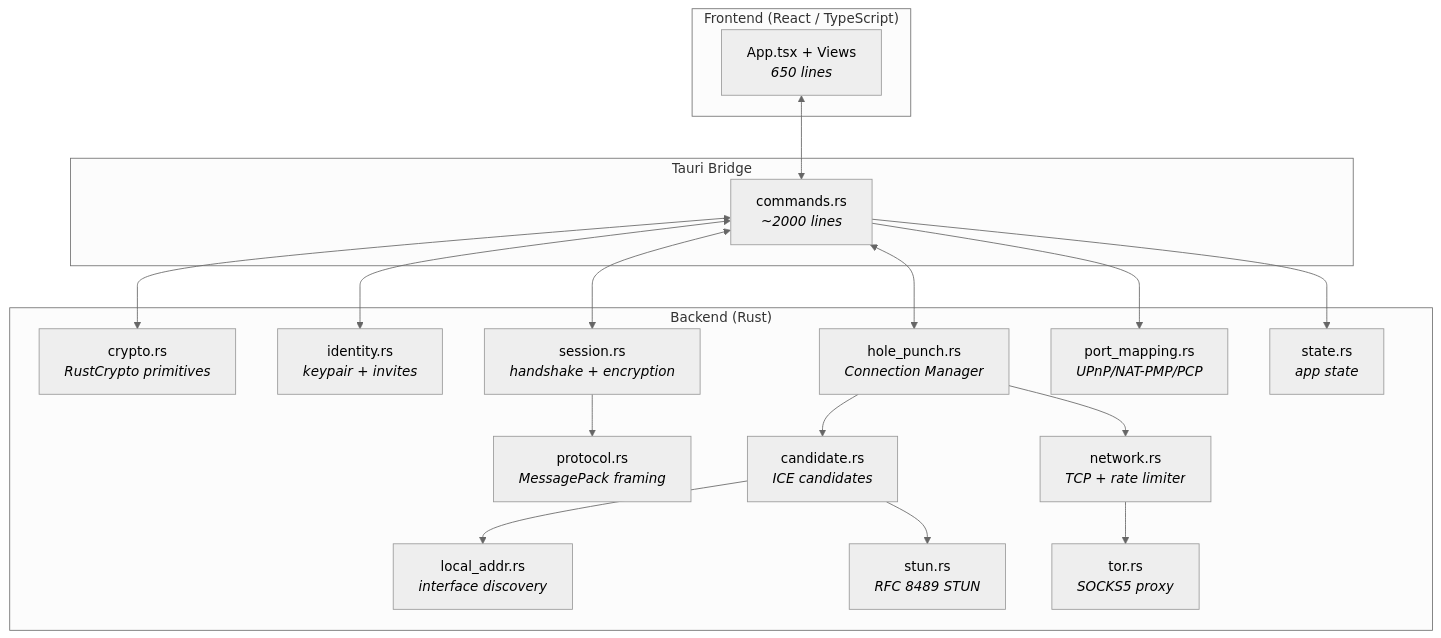
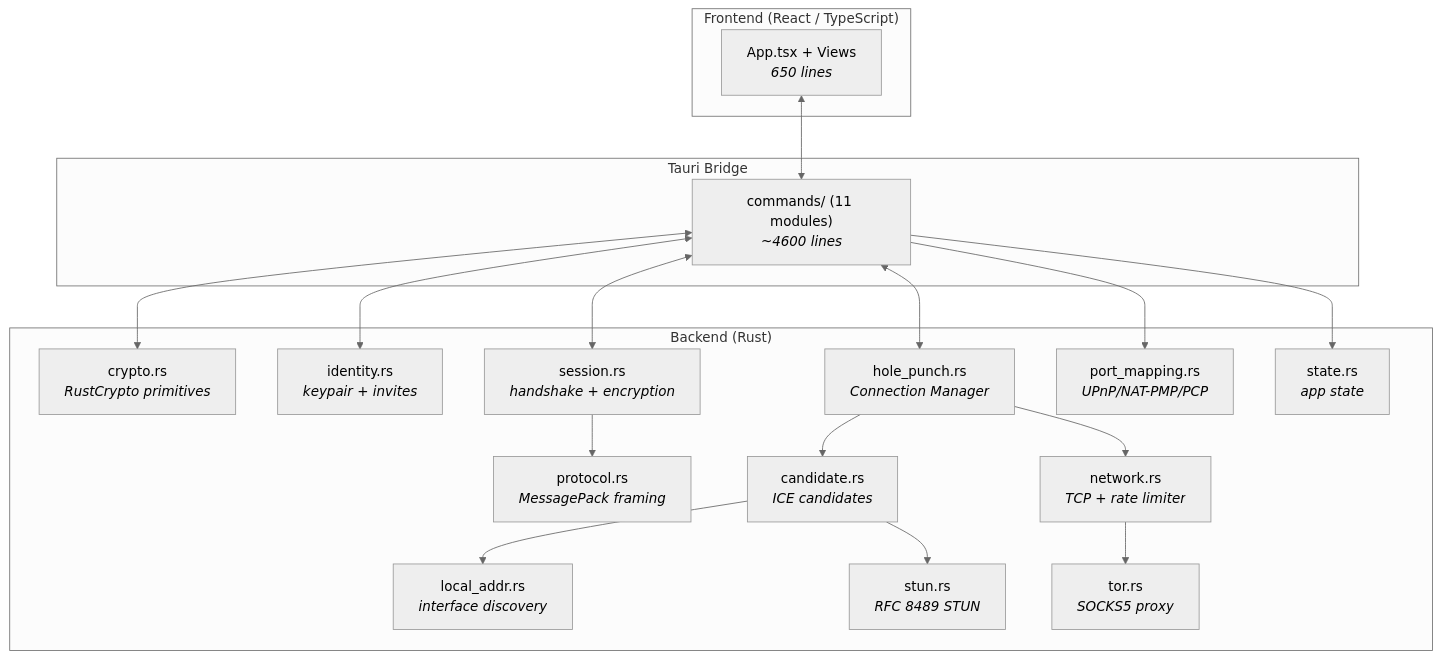
The second of 3 diagrams in README.md (Nciibi/m2m), drawn with Mermaid (neutral theme) before and after one commit.

````diff
--- a/README.md
+++ b/README.md
@@ -268,34 +268,34 @@
 ```mermaid
 graph TB
     subgraph Frontend ["Frontend (React / TypeScript)"]
         UI["App.tsx + Views<br/><i>650 lines</i>"]
     end
 
     subgraph IPC ["Tauri Bridge"]
-        CM["commands.rs<br/><i>~2000 lines</i>"]
+        CM["commands/ (11 modules)<br/><i>~4600 lines</i>"]
     end
 
     subgraph Backend ["Backend (Rust)"]
         CR["crypto.rs<br/><i>RustCrypto primitives</i>"]
         PR["protocol.rs<br/><i>MessagePack framing</i>"]
         NW["network.rs<br/><i>TCP + rate limiter</i>"]
         SE["session.rs<br/><i>handshake + encryption</i>"]
         ID["identity.rs<br/><i>keypair + invites</i>"]
         ST["storage.rs<br/><i>encrypted SQLite</i>"]
         STUN["stun.rs<br/><i>RFC 8489 STUN</i>"]
         TO["tor.rs<br/><i>SOCKS5 proxy</i>"]
         CA["candidate.rs<br/><i>ICE candidates</i>"]
         HP["hole_punch.rs<br/><i>Connection Manager</i>"]
         PM["port_mapping.rs<br/><i>UPnP/NAT-PMP/PCP</i>"]
         LA["local_addr.rs<br/><i>interface discovery</i>"]
         ST["state.rs<br/><i>app state</i>"]
     end
 
     UI <--> CM
     CM <--> CR & ID & SE & HP
     HP --> CA & NW
     CA --> LA & STUN
     CM --> PM & ST
     NW --> TO
     SE --> PR
 ```
````
